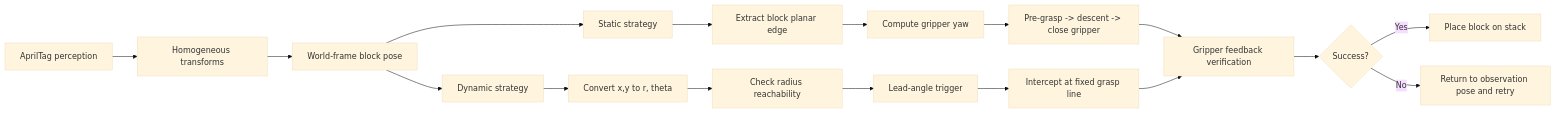
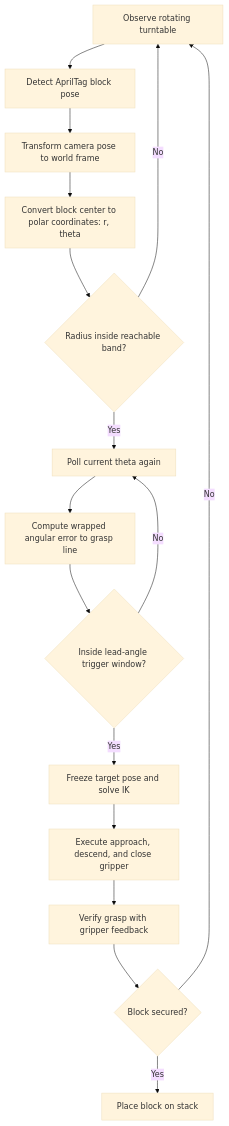
The second of 2 diagrams in content/posts/project9/index.md (wjx5037/wjx5037.github.io), drawn with Mermaid (base theme) before and after one commit. The commit also changed other lines of this file and 5 other files, not shown here.

````diff
--- a/content/posts/project9/index.md
+++ b/content/posts/project9/index.md
@@ -58,22 +50,18 @@
 ```mermaid
-flowchart LR
-    P["AprilTag perception"] --> T["Homogeneous transforms"]
-    T --> W["World-frame block pose"]
-    W --> S["Static strategy"]
-    W --> D["Dynamic strategy"]
-
-    S --> S1["Extract block planar edge"]
-    S1 --> S2["Compute gripper yaw"]
-    S2 --> S3["Pre-grasp -> descent -> close gripper"]
-
-    D --> D1["Convert x,y to r, theta"]
-    D1 --> D2["Check radius reachability"]
-    D2 --> D3["Lead-angle trigger"]
-    D3 --> D4["Intercept at fixed grasp line"]
-
-    S3 --> V["Gripper feedback verification"]
-    D4 --> V
-    V --> R{"Success?"}
-    R -- Yes --> G["Place block on stack"]
-    R -- No --> F["Return to observation pose and retry"]
+flowchart TD
+    A["Observe rotating turntable"] --> B["Detect AprilTag block pose"]
+    B --> C["Transform camera pose to world frame"]
+    C --> D["Convert block center to polar coordinates: r, theta"]
+    D --> E{"Radius inside reachable band?"}
+    E -- No --> A
+    E -- Yes --> F["Poll current theta again"]
+    F --> G["Compute wrapped angular error to grasp line"]
+    G --> H{"Inside lead-angle trigger window?"}
+    H -- No --> F
+    H -- Yes --> I["Freeze target pose and solve IK"]
+    I --> J["Execute approach, descend, and close gripper"]
+    J --> K["Verify grasp with gripper feedback"]
+    K --> L{"Block secured?"}
+    L -- Yes --> M["Place block on stack"]
+    L -- No --> A
 ```
````
